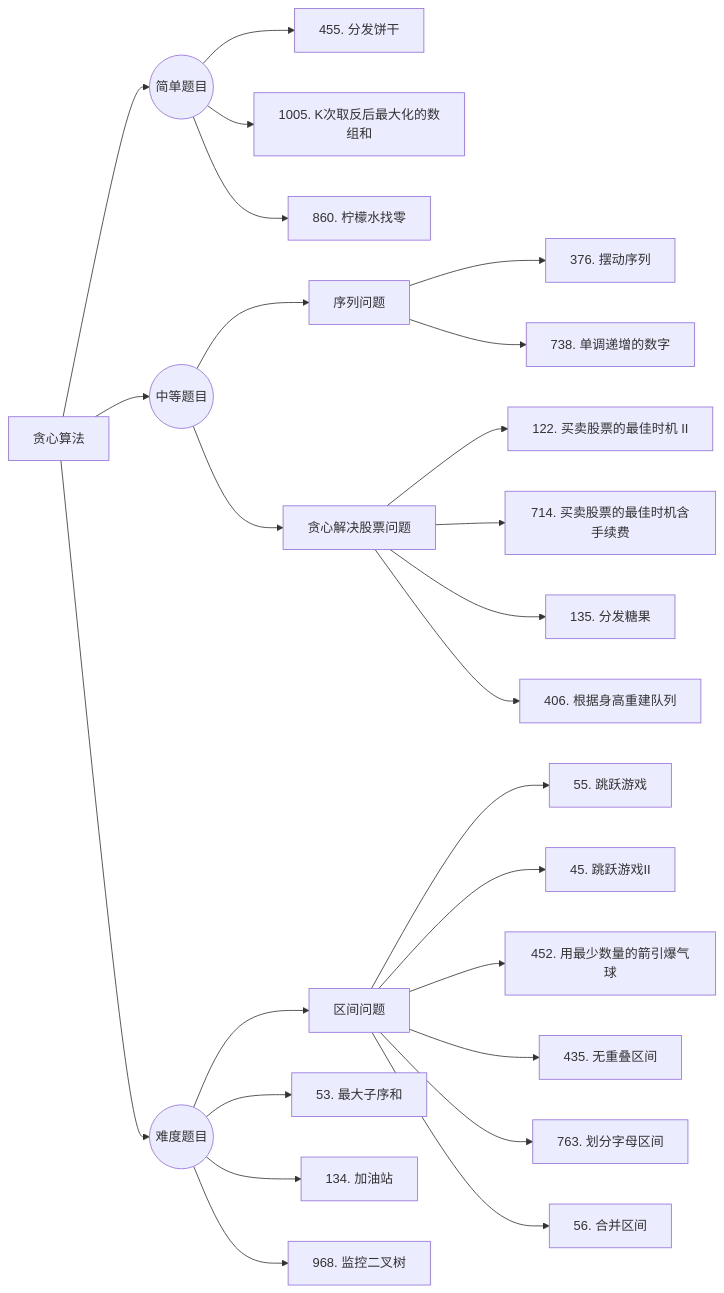
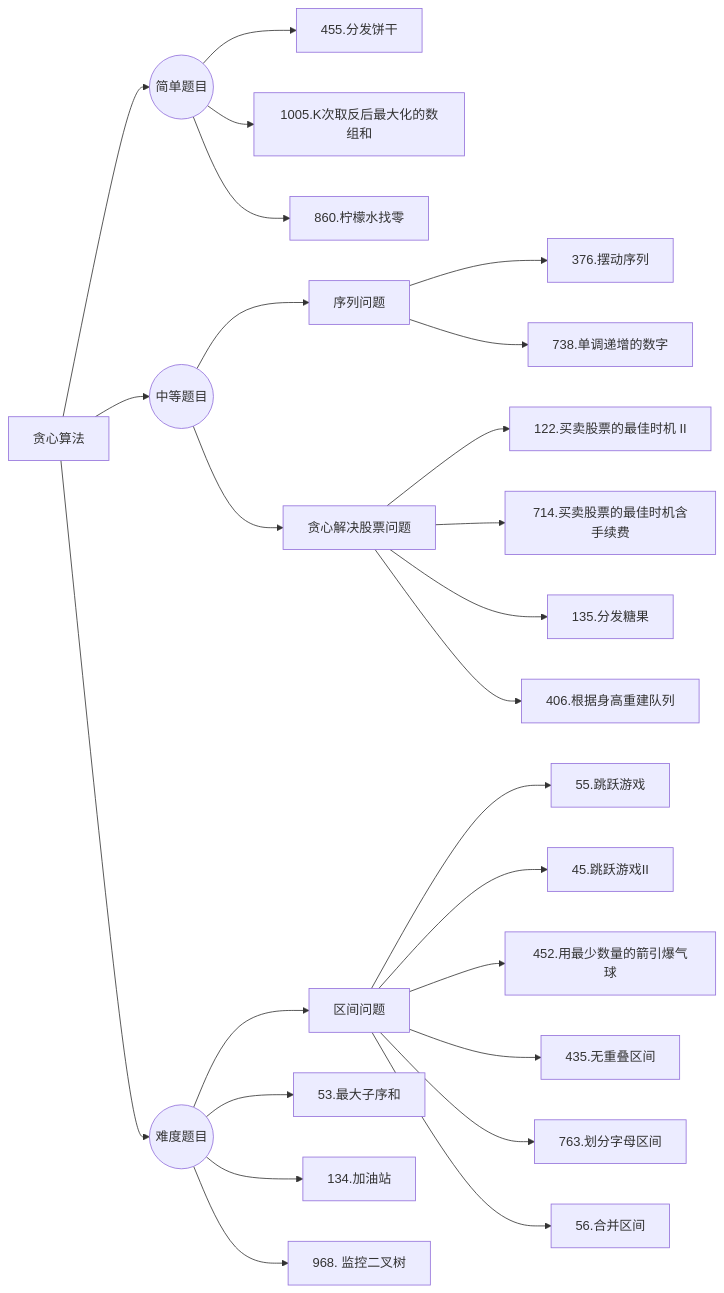
Before and after one commit to Liwen1234-cyber/mybook: the diagram in docs/码农/刷题记录/贪心算法.md, drawn with Mermaid. The commit also changed other lines of this file and 7 other files, not shown here.

````diff
--- a/docs/码农/刷题记录/贪心算法.md
+++ b/docs/码农/刷题记录/贪心算法.md
@@ -5,33 +5,33 @@
 ```mermaid
 graph LR
     A[贪心算法]
 
     A --> C((简单题目))
-    C --> C1[455. 分发饼干]
-    C --> C2[1005. K次取反后最大化的数组和]
-    C --> C3[860. 柠檬水找零]
+    C --> C1[455.分发饼干]
+    C --> C2[1005.K次取反后最大化的数组和]
+    C --> C3[860.柠檬水找零]
 
     A --> D((中等题目))
     D --> D1[序列问题]
-    D1 --> D1_1[376. 摆动序列]
-    D1 --> D1_2[738. 单调递增的数字]
+    D1 --> D1_1[376.摆动序列]
+    D1 --> D1_2[738.单调递增的数字]
 
     D --> D2[贪心解决股票问题]
-    D2 --> D2_1[122. 买卖股票的最佳时机 II]
-    D2 --> D2_2[714. 买卖股票的最佳时机含手续费]
-    D2 --> D2_3[135. 分发糖果]
-    D2 --> D2_4[406. 根据身高重建队列]
+    D2 --> D2_1[122.买卖股票的最佳时机 II]
+    D2 --> D2_2[714.买卖股票的最佳时机含手续费]
+    D2 --> D2_3[135.分发糖果]
+    D2 --> D2_4[406.根据身高重建队列]
 
     F --> E[区间问题]
-    E --> E1[55. 跳跃游戏]
-    E --> E2[45. 跳跃游戏II]
-    E --> E3[452. 用最少数量的箭引爆气球]
-    E --> E4[435. 无重叠区间]
-    E --> E5[763. 划分字母区间]
-    E --> E6[56. 合并区间]
+    E --> E1[55.跳跃游戏]
+    E --> E2[45.跳跃游戏II]
+    E --> E3[452.用最少数量的箭引爆气球]
+    E --> E4[435.无重叠区间]
+    E --> E5[763.划分字母区间]
+    E --> E6[56.合并区间]
 
     A --> F((难度题目))
-    F --> F1[53. 最大子序和]
-    F --> F2[134. 加油站]
+    F --> F1[53.最大子序和]
+    F --> F2[134.加油站]
     F --> F3[968. 监控二叉树]
 ```
````
